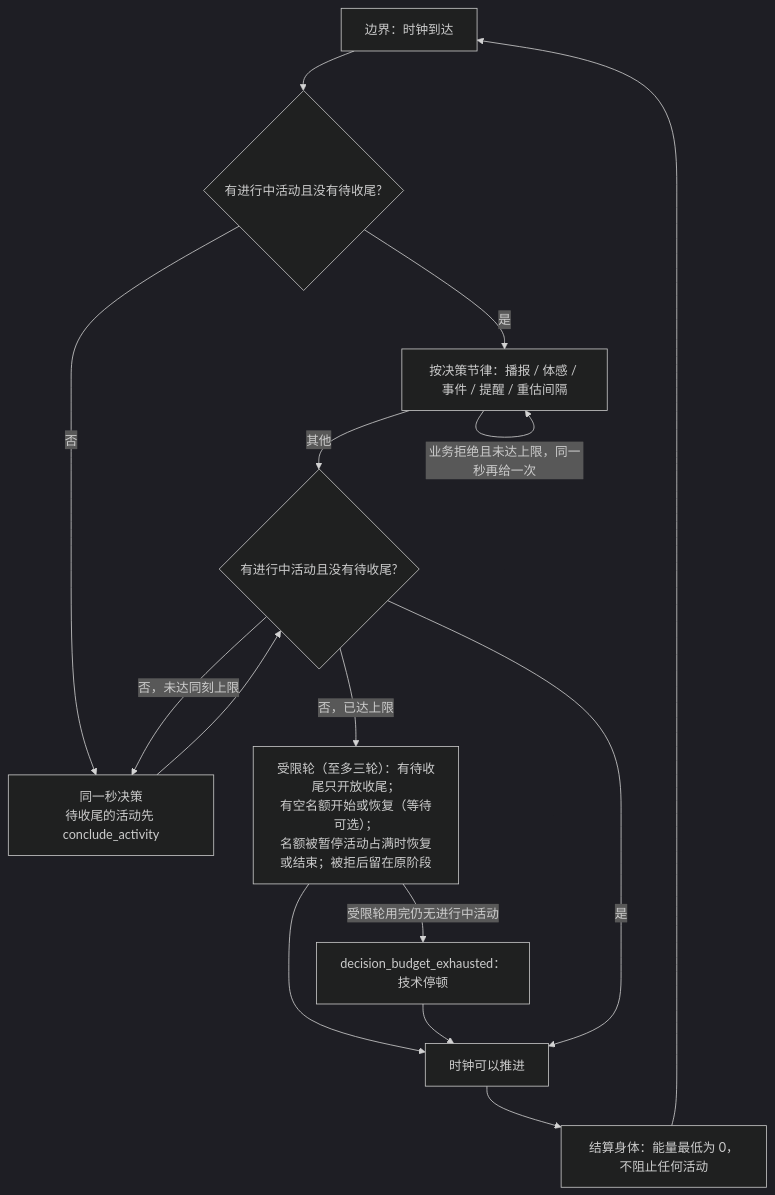
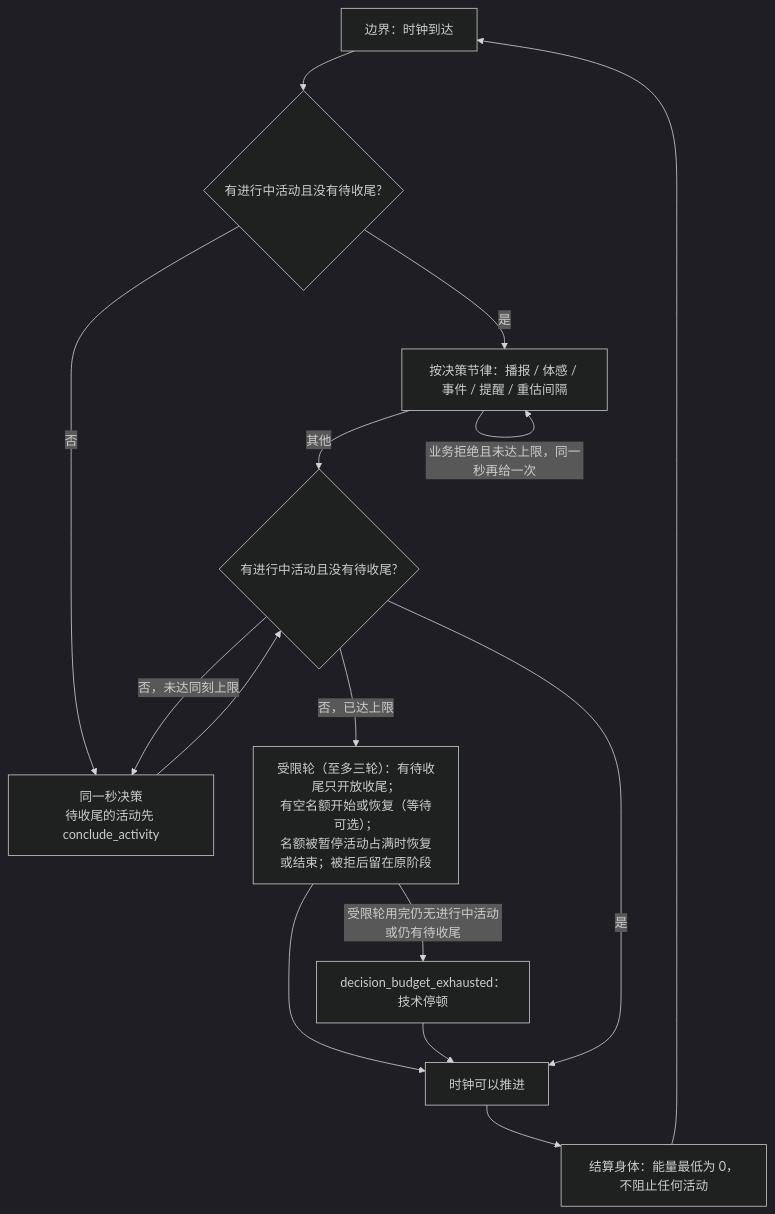
The first of 4 diagrams in docs/dev/SPEC-time-and-energy.md (HoldThatThgt/WorldMock), drawn with Mermaid (dark theme) before and after one commit. The commit also changed other lines of this file and 34 other files, not shown here.

````diff
--- a/docs/dev/SPEC-time-and-energy.md
+++ b/docs/dev/SPEC-time-and-energy.md
@@ -35,17 +35,17 @@
 ```mermaid
 flowchart TB
     B["边界：时钟到达"] --> Q{"有进行中活动且没有待收尾?"}
     Q -->|是| R["按决策节律：播报 / 体感 / 事件 / 提醒 / 重估间隔"]
     Q -->|否| D["同一秒决策<br/>待收尾的活动先 conclude_activity"]
     D --> A{"有进行中活动且没有待收尾?"}
     A -->|否，未达同刻上限| D
     A -->|否，已达上限| S["受限轮（至多三轮）：有待收尾只开放收尾；<br/>有空名额开始或恢复（等待可选）；<br/>名额被暂停活动占满时恢复或结束；被拒后留在原阶段"]
     S --> T["时钟可以推进"]
-    S -->|受限轮用完仍无进行中活动| X["decision_budget_exhausted：技术停顿"]
+    S -->|受限轮用完仍无进行中活动或仍有待收尾| X["decision_budget_exhausted：技术停顿"]
     X --> T
     A -->|是| T
     R -->|业务拒绝且未达上限，同一秒再给一次| R
     R -->|其他| A
     T --> E["结算身体：能量最低为 0，不阻止任何活动"]
     E --> B
 ```
````
